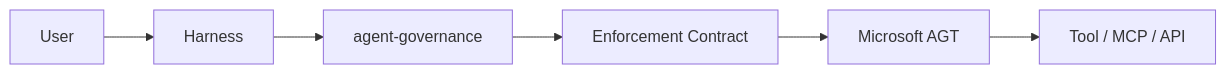
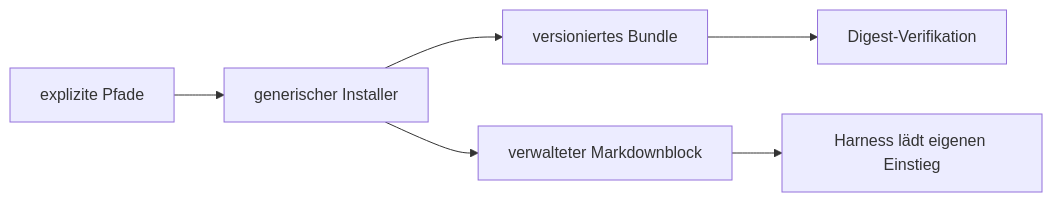
One commit to tomtastisch/agent-governance changed the diagram in README.md. Above: the diagram before and after it, drawn with Mermaid. The commit also changed other lines of this file and 44 other files, not shown here.

Commit message:
feat(installer): add global explicit-path governance installer

````diff
--- a/README.md
+++ b/README.md
@@ -40,8 +35,8 @@
 ```mermaid
 flowchart LR
-    U[User] --> H[Harness]
-    H --> G[agent-governance]
-    G --> E[Enforcement Contract]
-    E --> M[Microsoft AGT]
-    M --> X[Tool / MCP / API]
+    P[explizite Pfade] --> I[generischer Installer]
+    I --> R[versioniertes Bundle]
+    I --> B[verwalteter Markdownblock]
+    R --> V[Digest-Verifikation]
+    B --> H[Harness lädt eigenen Einstieg]
 ```
````
